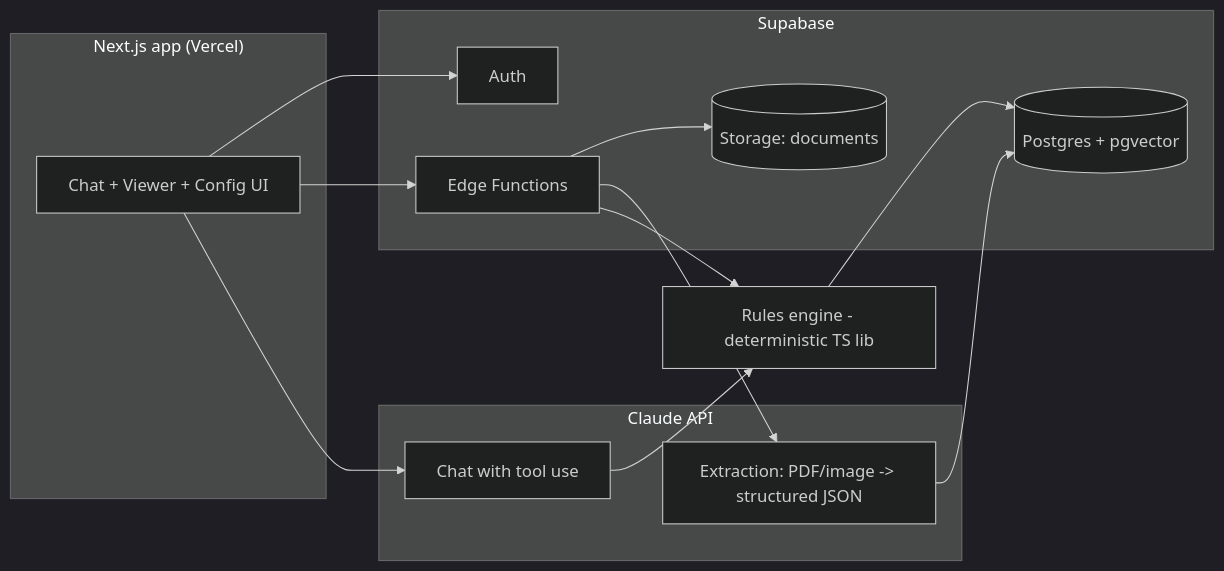
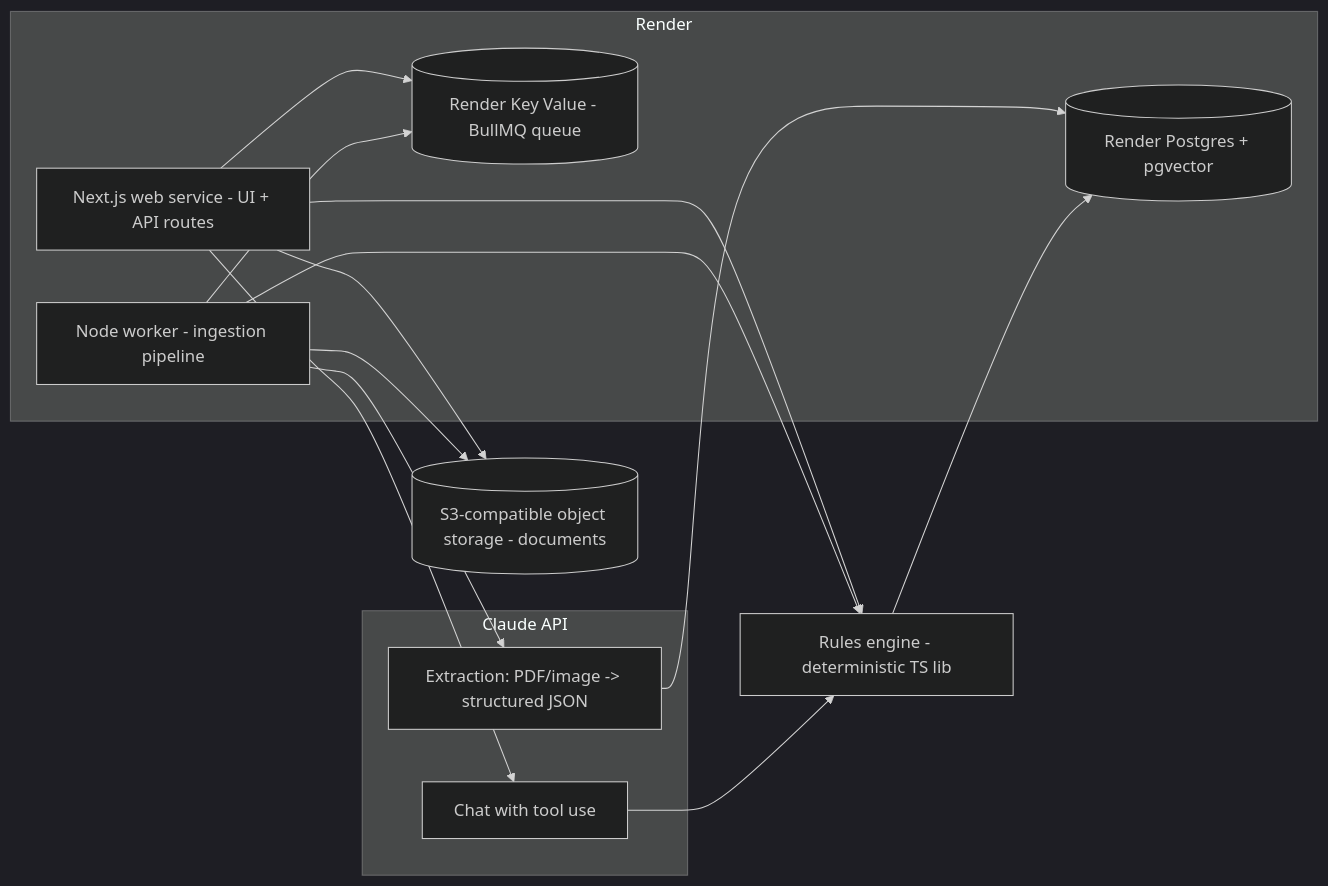
One commit to tewali/WasteManagement changed the diagram in docs/PROPOSAL.md. Above: the diagram before and after it, drawn with Mermaid (dark theme). The commit also changed other lines of this file and 2 other files, not shown here.

Commit message:
Switch architecture to Render; fold in Gemini context (normativa + fac-simile report)
- Architecture now targets Render: Next.js web service, Node worker with
  BullMQ/Redis queue, Render Postgres with pgvector, S3-compatible object
  storage, in-app auth via Auth.js with OIDC now and SAML Jackson later.
  Rationale: enterprise SSO without plan-gating and long-running pipelines.
- Preserve both owner-provided Gemini conversations under docs/context/:
  the EU/Italian normative catalog and a fac-simile rapporto di prova.
- Extend domain model with POP blocking layer (Reg. 2019/1021 / 2022/2400),
  HP classification support, authorization regimes, discharge limits.
- Extraction/rules updates from the fac-simile: lab-claimed limits stored
  but re-verified, superseded-norm mapping (DM 27/09/2010), decimal comma,
  range limits, second Phase-1 acceptance fixture.

Claude-Session: https://claude.ai/code/session_0179Nu6fQxrzfyXAbPUr74sZ

````diff
--- a/docs/PROPOSAL.md
+++ b/docs/PROPOSAL.md
@@ -65,27 +73,27 @@
 ```mermaid
 flowchart LR
-  subgraph Client["Next.js app (Vercel)"]
-    UI[Chat + Viewer + Config UI]
+  subgraph Render
+    WEB[Next.js web service - UI + API routes]
+    WORKER[Node worker - ingestion pipeline]
+    REDIS[(Render Key Value - BullMQ queue)]
+    PG[(Render Postgres + pgvector)]
   end
-  subgraph Supabase
-    AUTH[Auth]
-    PG[(Postgres + pgvector)]
-    ST[(Storage: documents)]
-    EF[Edge Functions]
-  end
+  R2[(S3-compatible object storage - documents)]
   subgraph AI["Claude API"]
     EXT[Extraction: PDF/image -> structured JSON]
     CHAT[Chat with tool use]
   end
   RULES[Rules engine - deterministic TS lib]
 
-  UI --> AUTH
-  UI --> EF
-  EF --> ST
-  EF --> EXT
+  WEB --> R2
+  WEB --> REDIS
+  WORKER --> REDIS
+  WORKER --> R2
+  WORKER --> EXT
   EXT --> PG
-  EF --> RULES
+  WEB --> RULES
+  WORKER --> RULES
   RULES --> PG
   CHAT --> RULES
-  UI --> CHAT
+  WEB --> CHAT
 ```
````
